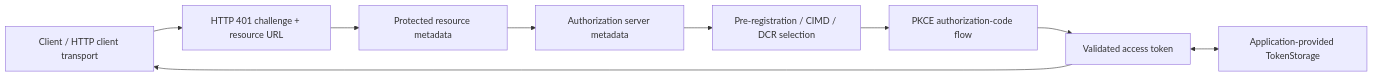
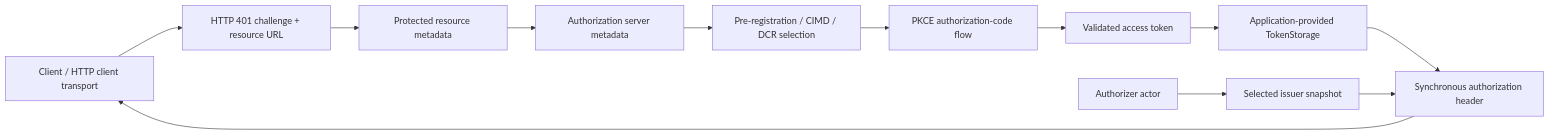
The first of 2 diagrams in Sources/MCP/Base/Authorization/DESIGN.md (1amageek/swift-sdk), drawn with Mermaid before and after one commit. The commit also changed other lines of this file and 40 other files, not shown here.

````diff
--- a/Sources/MCP/Base/Authorization/DESIGN.md
+++ b/Sources/MCP/Base/Authorization/DESIGN.md
@@ -36,16 +36,19 @@
 ```mermaid
 flowchart LR
     Client[Client / HTTP client transport]
     Challenge[HTTP 401 challenge + resource URL]
     Discovery[Protected resource metadata]
     Server[Authorization server metadata]
     Register[Pre-registration / CIMD / DCR selection]
     PKCE[PKCE authorization-code flow]
     Token[Validated access token]
     Store[Application-provided TokenStorage]
+    State[Authorizer actor]
+    Snapshot[Selected issuer snapshot]
+    Header[Synchronous authorization header]
 
     Client --> Challenge --> Discovery --> Server
     Server --> Register --> PKCE --> Token
-    Token <--> Store
-    Token --> Client
+    Token --> Store --> Header --> Client
+    State --> Snapshot --> Header
 ```
````
